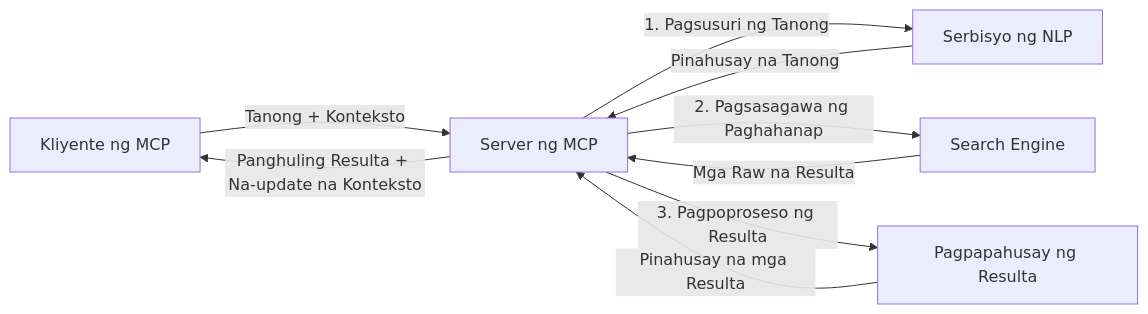
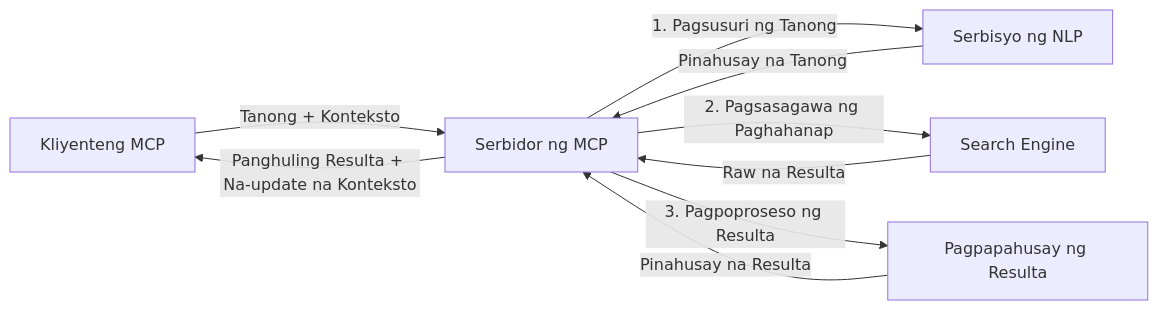
One commit to microsoft/mcp-for-beginners changed the fourth of 4 diagrams in translations/tl/05-AdvancedTopics/mcp-realtimesearch/README.md. Above: the diagram before and after it, drawn with Mermaid. The commit also changed other lines of this file and 152 other files, not shown here.

````diff
--- a/translations/tl/05-AdvancedTopics/mcp-realtimesearch/README.md
+++ b/translations/tl/05-AdvancedTopics/mcp-realtimesearch/README.md
@@ -627,11 +628,11 @@
 ```mermaid
 graph LR
-    Client[Kliyente ng MCP] --> |Tanong + Konteksto| Server[Server ng MCP]
+    Client[Kliyenteng MCP] --> |Tanong + Konteksto| Server[Serbidor ng MCP]
     Server --> |1. Pagsusuri ng Tanong| NLP[Serbisyo ng NLP]
     NLP --> |Pinahusay na Tanong| Server
     Server --> |2. Pagsasagawa ng Paghahanap| Search[Search Engine]
-    Search --> |Mga Raw na Resulta| Server
+    Search --> |Raw na Resulta| Server
     Server --> |3. Pagpoproseso ng Resulta| Enhancement[Pagpapahusay ng Resulta]
-    Enhancement --> |Pinahusay na mga Resulta| Server
+    Enhancement --> |Pinahusay na Resulta| Server
     Server --> |Panghuling Resulta + Na-update na Konteksto| Client
 ```
````
